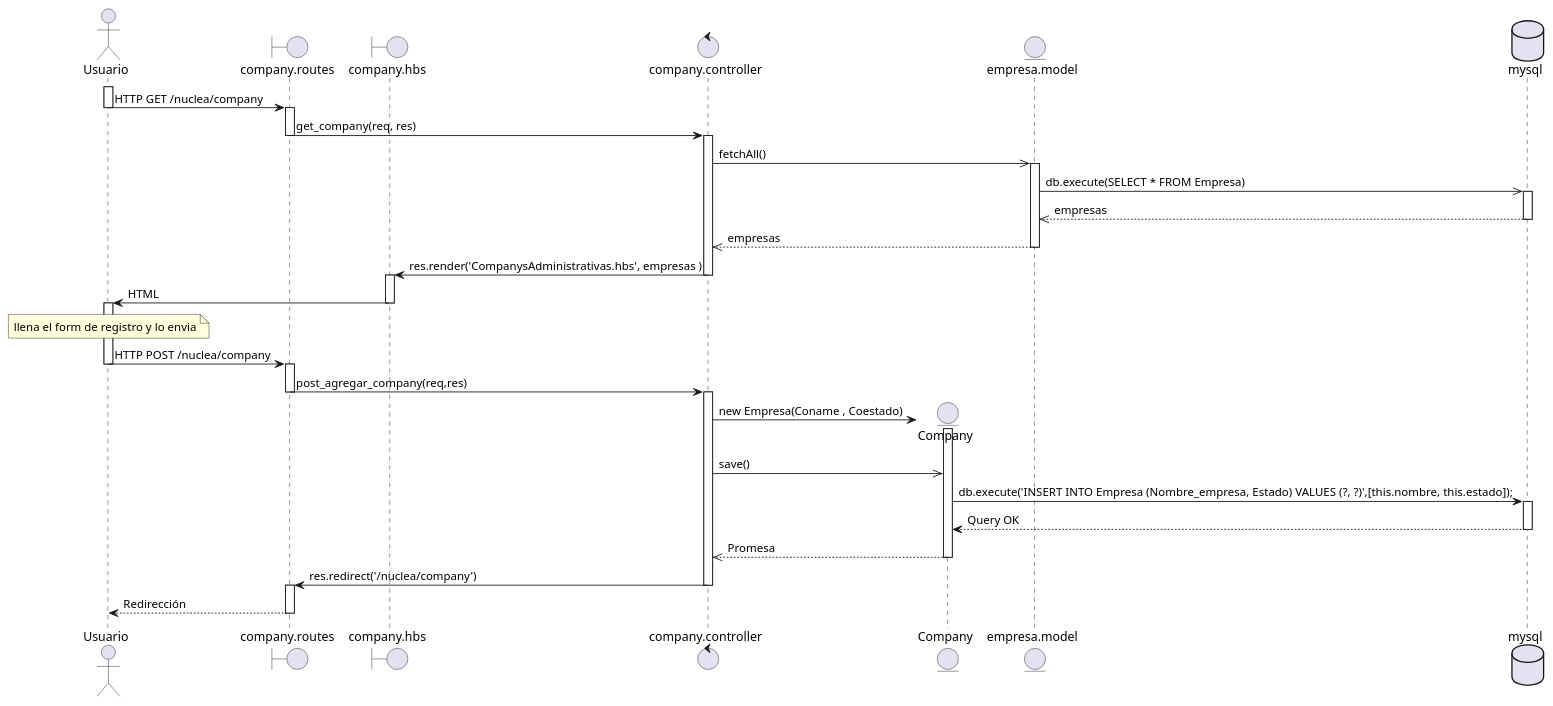
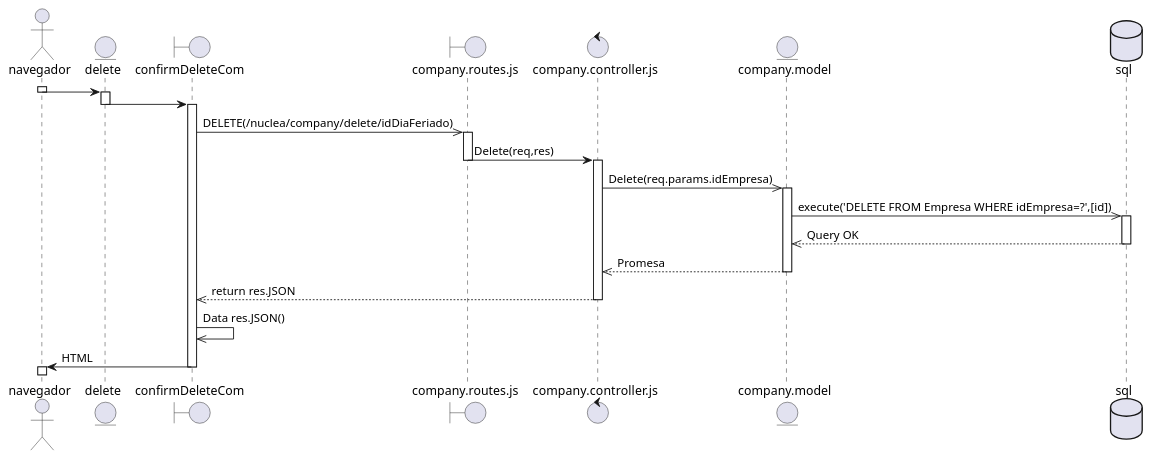
The diagram in diagramas/company.puml (ian-hdzzz/nuclea), drawn with PlantUML before and after one commit. The commit also changed 13 other files, not shown here.

```diff
--- a/diagramas/company.puml
+++ b/diagramas/company.puml
@@ -1,58 +1,40 @@
 @startuml
-actor Usuario
-boundary "company.routes" as S
-boundary "company.hbs" as V
-control "company.controller" as C
-entity Company 
-entity "empresa.model" as MU
-database "mysql" as DB
-
-
-' Flujo GET inicial para ver la vista
-activate Usuario
-Usuario -> S: HTTP GET /nuclea/company
-deactivate Usuario
-activate S
-S -> C: get_company(req, res)
-deactivate S
-activate C
-C ->> MU: fetchAll()
-activate MU
-MU ->> DB: db.execute(SELECT * FROM Empresa)
-activate DB
-DB -->> MU: empresas
-deactivate DB
-MU -->> C: empresas
-deactivate MU
-C -> V: res.render('CompanysAdministrativas.hbs', empresas )
-deactivate C
-activate V
-V -> Usuario: HTML
-deactivate V
-
-' Nota: El usuario interactúa con la vista
-note over Usuario: llena el form de registro y lo envia
-
-' Flujo POST para registrar la Company
-activate Usuario
-Usuario -> S: HTTP POST /nuclea/company
-deactivate Usuario
-activate S
-S -> C: post_agregar_company(req,res)
-deactivate S
-activate C
-C -> Company**: new Empresa(Coname , Coestado)
-activate Company
-C ->> Company: save()
-Company -> DB: db.execute('INSERT INTO Empresa (Nombre_empresa, Estado) VALUES (?, ?)',[this.nombre, this.estado]);
-activate DB
-DB --> Company: Query OK
-deactivate DB
-Company -->> C: Promesa
-deactivate Company
-C -> S: res.redirect('/nuclea/company')
-deactivate C
-activate S
-S --> Usuario: Redirección
-deactivate S
-@enduml
+ actor navegador
+ entity delete
+ boundary "confirmDeleteCom" as Fun
+ boundary "company.routes.js" as Rou
+ control "company.controller.js" as Co
+ entity "company.model" as Mo
+ database sql
+ activate navegador
+ navegador->delete
+ deactivate navegador
+ activate delete
+ delete->Fun
+ deactivate delete
+ activate Fun
+ Fun->>Rou:DELETE(/nuclea/company/delete/idDiaFeriado)
+ activate Rou
+ Rou->Co:Delete(req,res)
+ deactivate Rou
+ activate Co
+ Co->>Mo:Delete(req.params.idEmpresa)
+ activate Mo
+ Mo->>sql:execute('DELETE FROM Empresa WHERE idEmpresa=?',[id])
+ activate sql
+ sql-->>Mo:Query OK
+ deactivate sql
+ Mo-->>Co:Promesa
+ deactivate Mo
+ 
+ Co-->>Fun:return res.JSON
+ deactivate Co
+ Fun->>Fun:Data res.JSON()
+ 
+ Fun->navegador:HTML
+ deactivate Fun
+ activate navegador
+ deactivate navegador
+ 
+ 
+ @enduml
```
